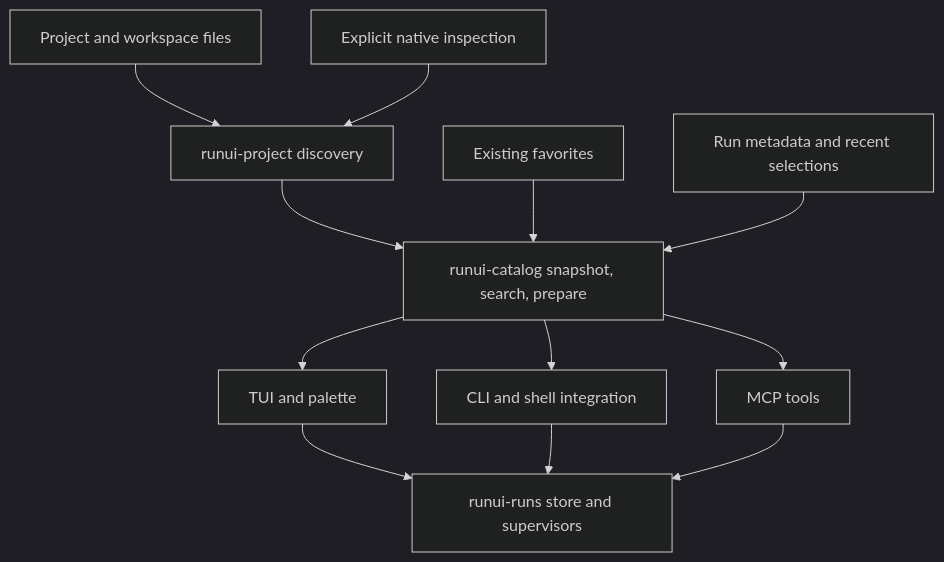
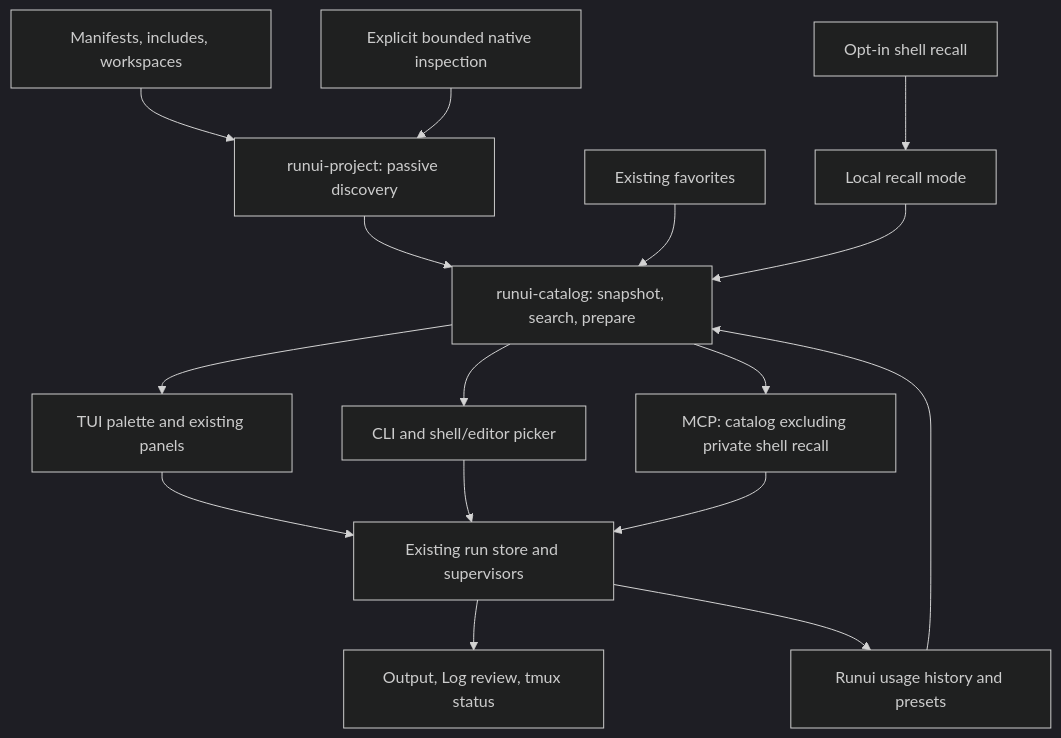
Before and after one commit to lechero/runui: the diagram in docs/command-discovery-plan.md, drawn with Mermaid (dark theme). The commit also changed other lines of this file and 5 other files, not shown here.

Commit message:
docs: plan complete command discovery with Composer, Cargo and history

````diff
--- a/docs/command-discovery-plan.md
+++ b/docs/command-discovery-plan.md
@@ -37,14 +62,18 @@
 ```mermaid
 flowchart TD
-    Files[Project and workspace files] --> Discovery[runui-project discovery]
-    Native[Explicit native inspection] --> Discovery
-    Discovery --> Catalog[runui-catalog snapshot, search, prepare]
+    Files[Manifests, includes, workspaces] --> Discovery[runui-project: passive discovery]
+    Native[Explicit bounded native inspection] --> Discovery
+    Discovery --> Catalog[runui-catalog: snapshot, search, prepare]
     Favorites[Existing favorites] --> Catalog
-    Recent[Run metadata and recent selections] --> Catalog
-    Catalog --> TUI[TUI and palette]
-    Catalog --> CLI[CLI and shell integration]
-    Catalog --> MCP[MCP tools]
-    TUI --> Runs[runui-runs store and supervisors]
+    Usage[Runui usage history and presets] --> Catalog
+    Shell[Opt-in shell recall] --> Local[Local recall mode]
+    Local --> Catalog
+    Catalog --> TUI[TUI palette and existing panels]
+    Catalog --> CLI[CLI and shell/editor picker]
+    Catalog --> MCP[MCP: catalog excluding private shell recall]
+    TUI --> Runs[Existing run store and supervisors]
     CLI --> Runs
     MCP --> Runs
+    Runs --> Log[Output, Log review, tmux status]
+    Runs --> Usage
 ```
````
